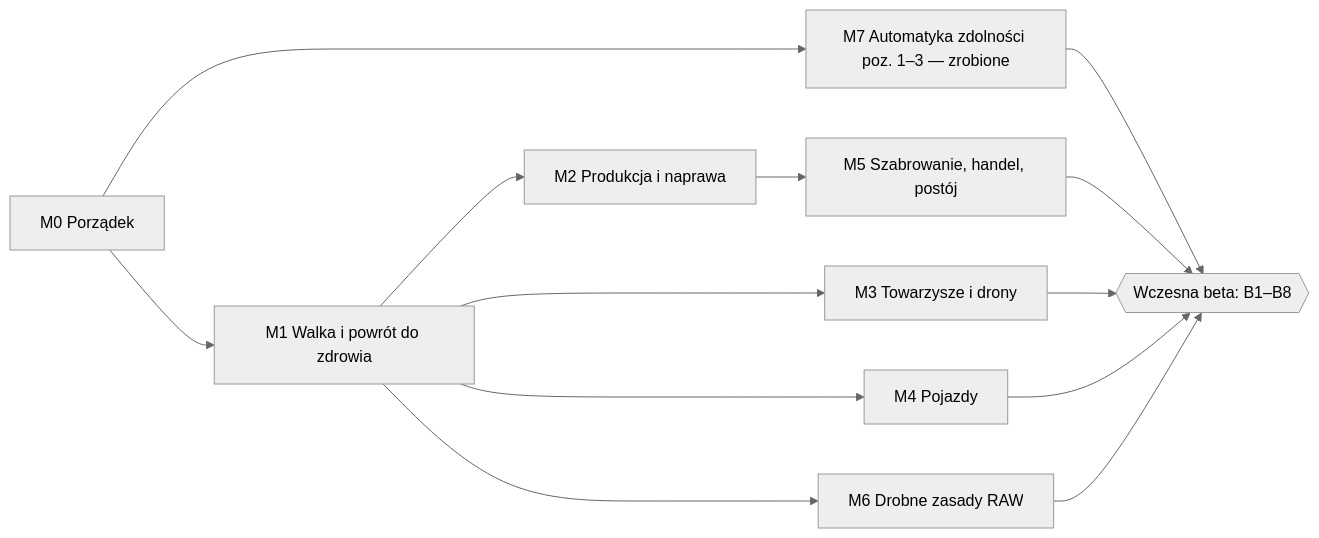
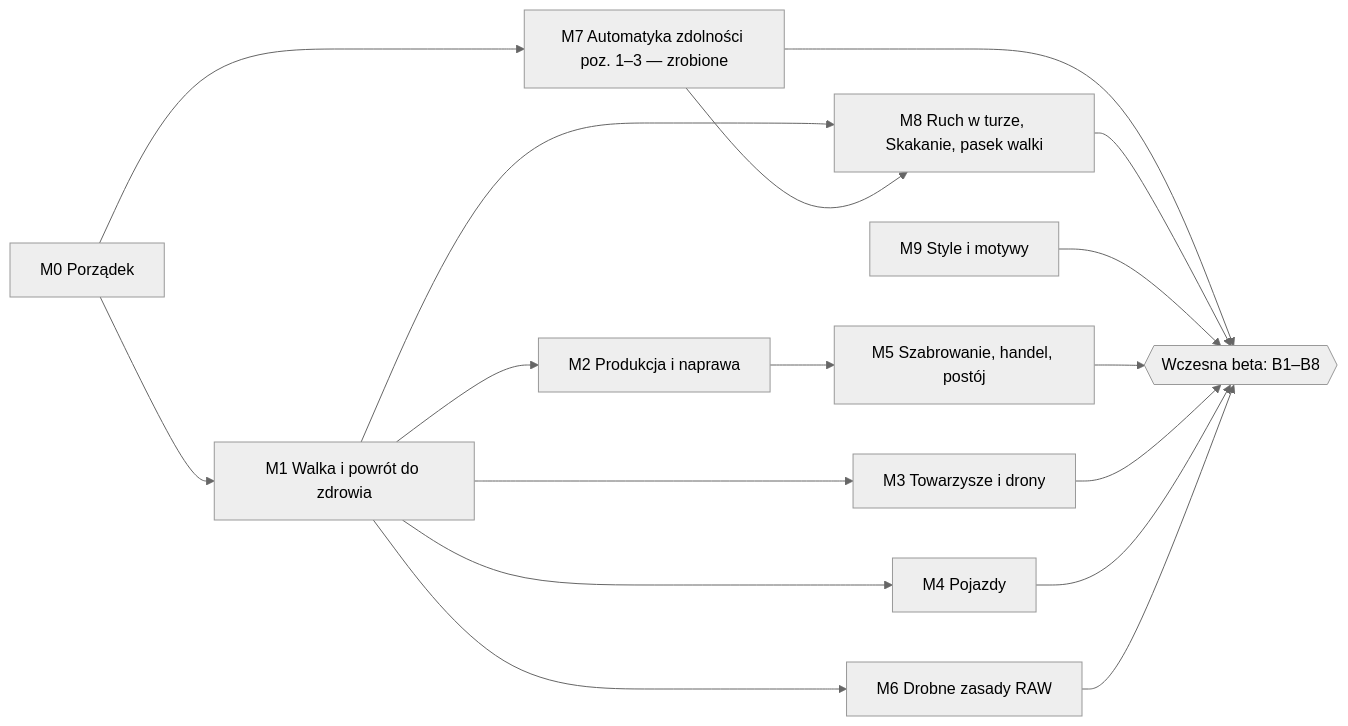
Before and after one commit to jjanisze/FVTT-NOE: the second of 2 diagrams in PLAN_beta.md, drawn with Mermaid (neutral theme). The commit also changed other lines of this file, not shown here.

First line of the commit message:
PLAN_beta: movement (M8) and styles (M9) get their own M plans

````diff
--- a/PLAN_beta.md
+++ b/PLAN_beta.md
@@ -230,15 +252,19 @@
 ```mermaid
 flowchart LR
   M0[M0 Porządek] --> M1[M1 Walka i powrót do zdrowia]
   M1 --> M2[M2 Produkcja i naprawa]
   M1 --> M3[M3 Towarzysze i drony]
   M2 --> M5[M5 Szabrowanie, handel, postój]
   M1 --> M4[M4 Pojazdy]
   M1 --> M6[M6 Drobne zasady RAW]
   M0 --> M7[M7 Automatyka zdolności poz. 1–3 — zrobione]
   M7 --> BETA
+  M1 --> M8[M8 Ruch w turze, Skakanie, pasek walki]
+  M7 --> M8
+  M8 --> BETA
+  M9[M9 Style i motywy] --> BETA
   M5 --> BETA{{Wczesna beta: B1–B8}}
   M3 --> BETA
   M4 --> BETA
   M6 --> BETA
 ```
````
